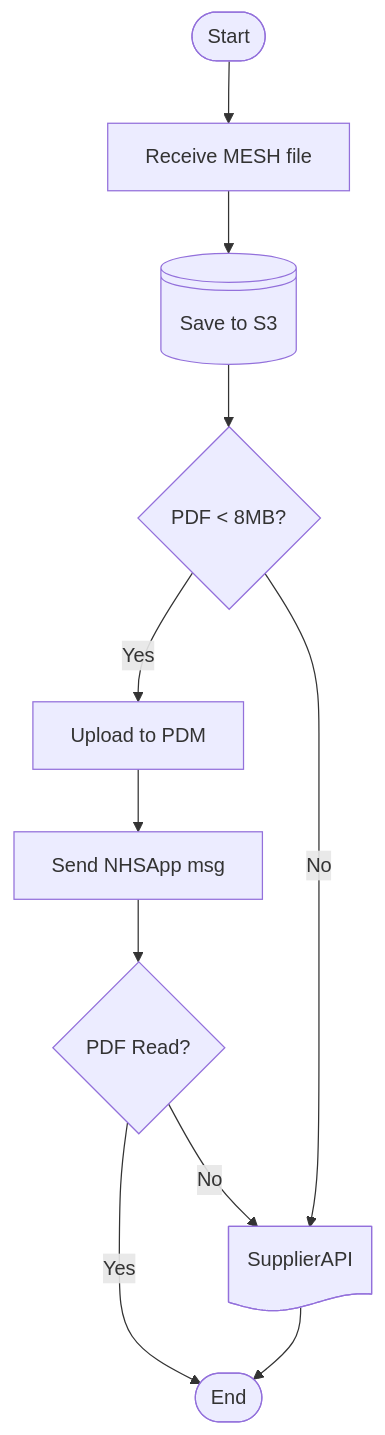
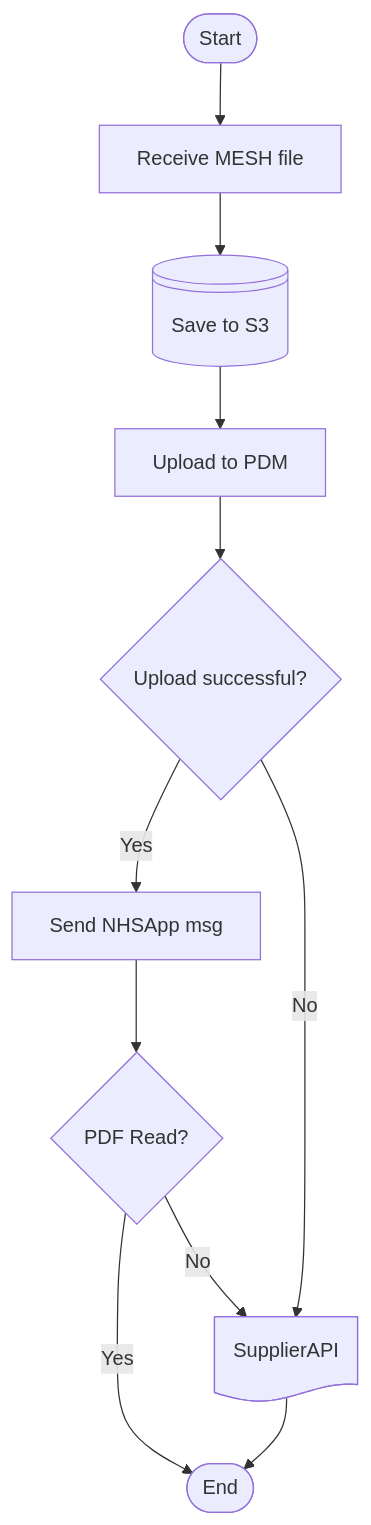
The diagram in docs/diagrams/digital-letters-flow.md (RossBugginsNHS/nhs-notify-digital-letters), drawn with Mermaid before and after one commit. The commit also changed 20 other files, not shown here.

First line of the commit message:
CCM-12774: Updated event names. Added reporting architecture (#77)

````diff
--- a/docs/diagrams/digital-letters-flow.md
+++ b/docs/diagrams/digital-letters-flow.md
@@ -14,15 +14,16 @@
 ```mermaid
 
 flowchart TD
         Start(["Start"])
         Start --> Mesh[Receive MESH file]
         Mesh --> S3@{shape: disk, label: "Save to S3"}
-        S3 --> FileSize{"PDF < 8MB?"}
-        FileSize -->|Yes| PDM["Upload to PDM"]
-        FileSize -->|No| SupplierAPI@{shape: doc, label:"Send to SupplierAPI"}
-        PDM --> NHSApp["Send NHSApp msg"]
+        S3 --> PDM["Upload to PDM"]
+        PDM --> PDMSuccess{"Upload successful?"}
+        PDMSuccess -->|Yes| NHSApp["Send NHSApp msg"]
+
+        PDMSuccess -->|No| SupplierAPI@{shape: doc, label:"Send to SupplierAPI"}
         NHSApp --> PDFRead{"PDF Read?"}
         PDFRead -->|Yes| End(["End"])
         PDFRead -->|No| SupplierAPI
         SupplierAPI --> End
 ```
````
